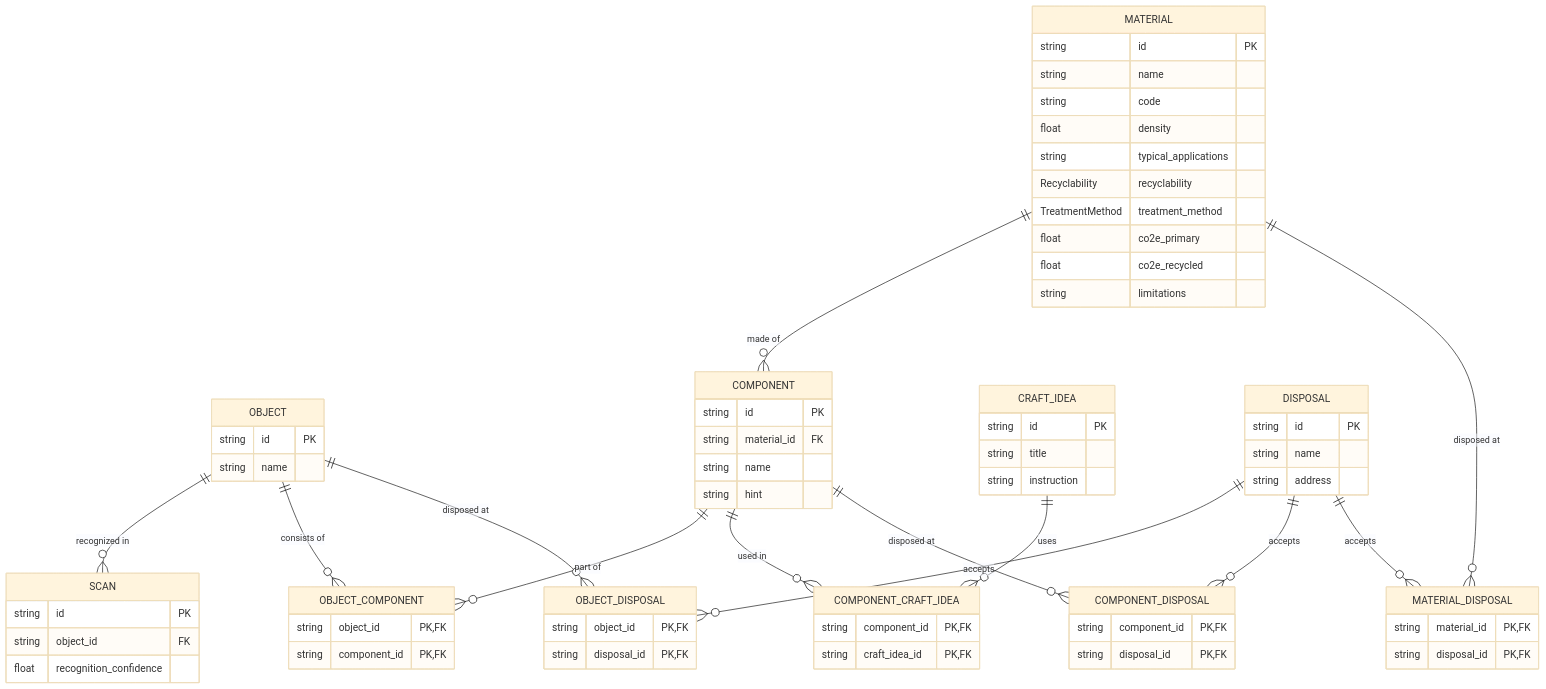
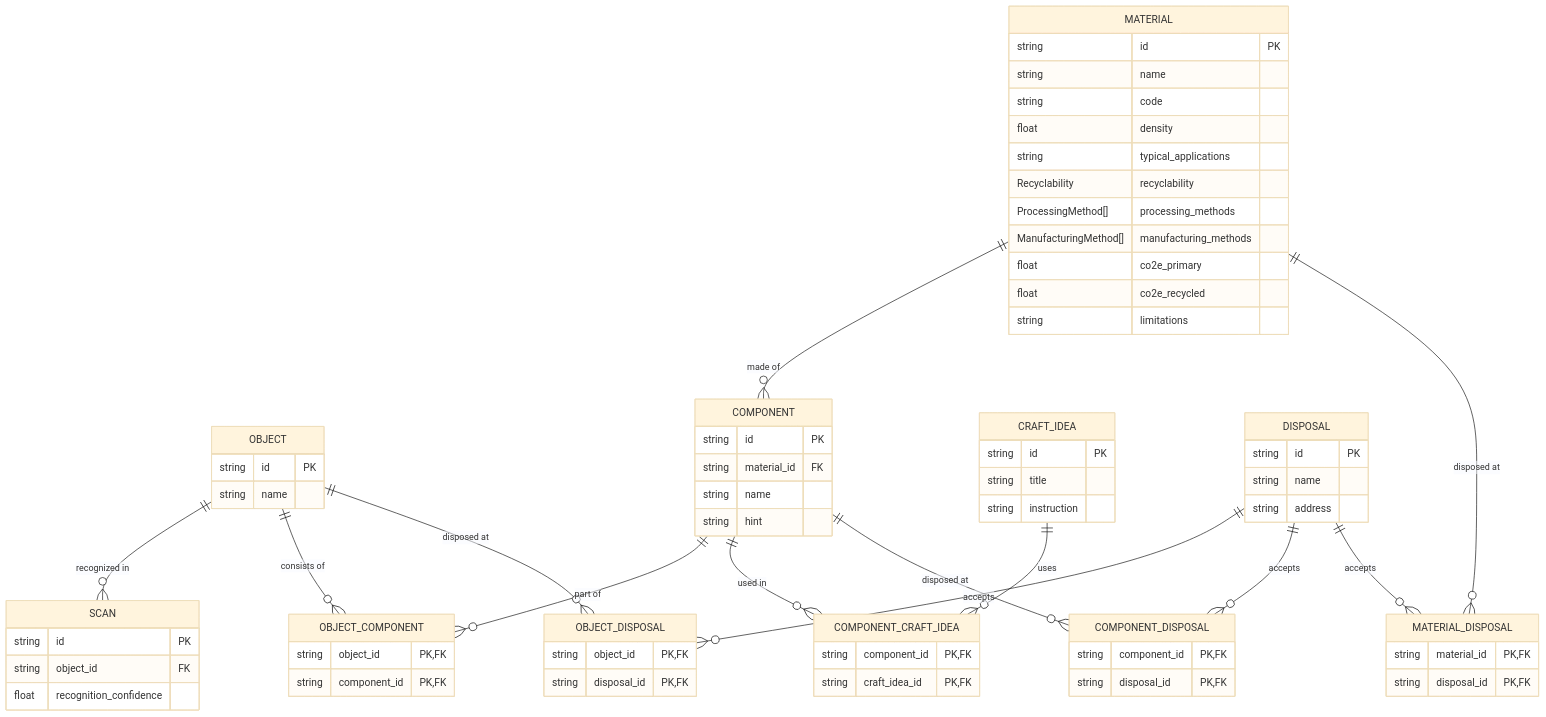
One commit to kontor2026/web-app changed the diagram in data/erm.md. Above: the diagram before and after it, drawn with Mermaid (base theme). The commit also changed other lines of this file and 2 other files, not shown here.

````diff
--- a/data/erm.md
+++ b/data/erm.md
@@ -1,72 +1,73 @@
 ```mermaid
 erDiagram
     OBJECT ||--o{ SCAN : "recognized in"
     OBJECT ||--o{ OBJECT_COMPONENT : "consists of"
     COMPONENT ||--o{ OBJECT_COMPONENT : "part of"
     MATERIAL ||--o{ COMPONENT : "made of"
     COMPONENT ||--o{ COMPONENT_CRAFT_IDEA : "used in"
     CRAFT_IDEA ||--o{ COMPONENT_CRAFT_IDEA : uses
     OBJECT ||--o{ OBJECT_DISPOSAL : "disposed at"
     COMPONENT ||--o{ COMPONENT_DISPOSAL : "disposed at"
     MATERIAL ||--o{ MATERIAL_DISPOSAL : "disposed at"
     DISPOSAL ||--o{ OBJECT_DISPOSAL : accepts
     DISPOSAL ||--o{ COMPONENT_DISPOSAL : accepts
     DISPOSAL ||--o{ MATERIAL_DISPOSAL : accepts
     SCAN {
         string id PK
         string object_id FK
         float recognition_confidence
     }
     OBJECT {
         string id PK
         string name
     }
     OBJECT_COMPONENT {
         string object_id PK, FK
         string component_id PK, FK
     }
     COMPONENT {
         string id PK
         string material_id FK
         string name
         string hint
     }
     MATERIAL {
         string id PK
         string name
         string code
         float density
         string typical_applications
         Recyclability recyclability
-        TreatmentMethod treatment_method
+        ProcessingMethod[] processing_methods
+        ManufacturingMethod[] manufacturing_methods
         float co2e_primary
         float co2e_recycled
         string limitations
     }
     COMPONENT_CRAFT_IDEA {
         string component_id PK, FK
         string craft_idea_id PK, FK
     }
     CRAFT_IDEA {
         string id PK
         string title
         string instruction
     }
     OBJECT_DISPOSAL {
         string object_id PK, FK
         string disposal_id PK, FK
     }
     COMPONENT_DISPOSAL {
         string component_id PK, FK
         string disposal_id PK, FK
     }
     MATERIAL_DISPOSAL {
         string material_id PK, FK
         string disposal_id PK, FK
     }
     DISPOSAL {
         string id PK
         string name
         string address
     }
 ```
````
